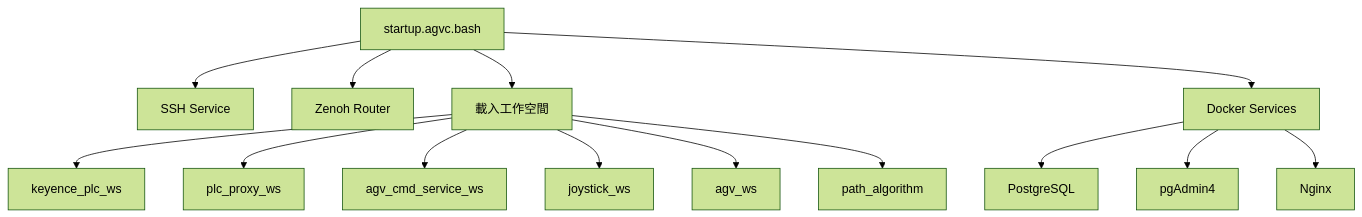
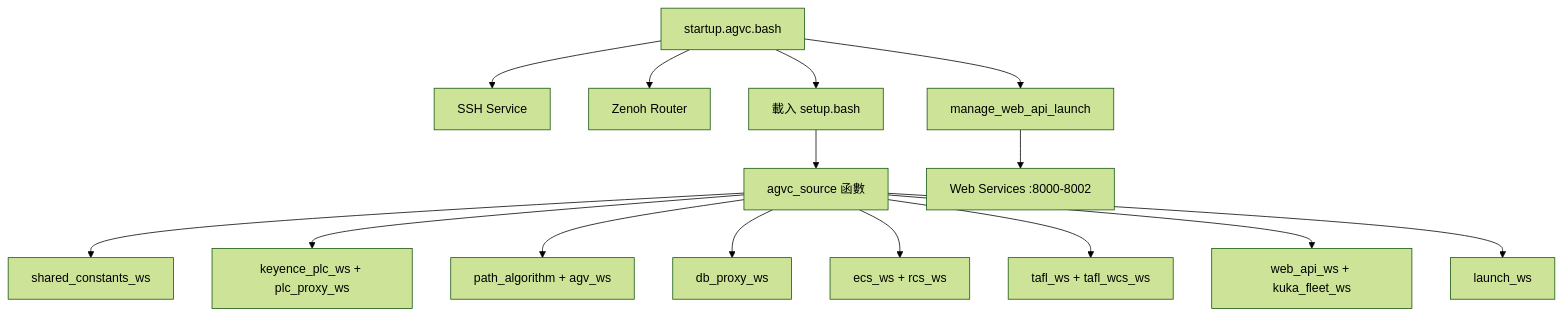
The second of 2 diagrams in app/README.md (AKIFALLY/EBD_agv), drawn with Mermaid (forest theme) before and after one commit. The commit also changed other lines of this file and 467 other files, not shown here.

````diff
--- a/app/README.md
+++ b/app/README.md
@@ -312,16 +369,17 @@
 ```mermaid
 graph TD
     A[startup.agvc.bash] --> B[SSH Service]
     A --> C[Zenoh Router]
-    A --> D[載入工作空間]
-    D --> E[keyence_plc_ws]
-    D --> F[plc_proxy_ws]
-    D --> G[agv_cmd_service_ws]
-    D --> H[joystick_ws]
-    D --> I[agv_ws]
-    D --> J[path_algorithm]
-    A --> K[Docker Services]
-    K --> L[PostgreSQL]
-    K --> M[pgAdmin4]
-    K --> N[Nginx]
+    A --> D[載入 setup.bash]
+    D --> E[agvc_source 函數]
+    E --> F[shared_constants_ws]
+    E --> G[keyence_plc_ws + plc_proxy_ws]
+    E --> H[path_algorithm + agv_ws]
+    E --> I[db_proxy_ws]
+    E --> J[ecs_ws + rcs_ws]
+    E --> K[tafl_ws + tafl_wcs_ws]
+    E --> L[web_api_ws + kuka_fleet_ws]
+    E --> M[launch_ws]
+    A --> N[manage_web_api_launch]
+    N --> O[Web Services :8000-8002]
 ```
````
